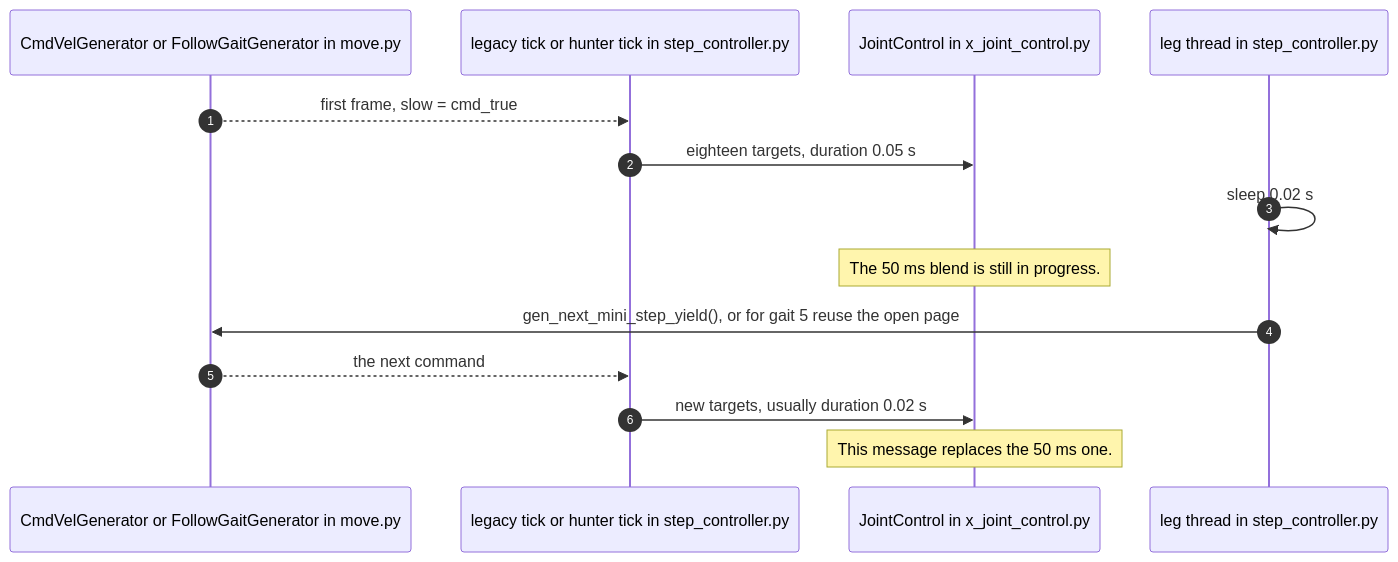
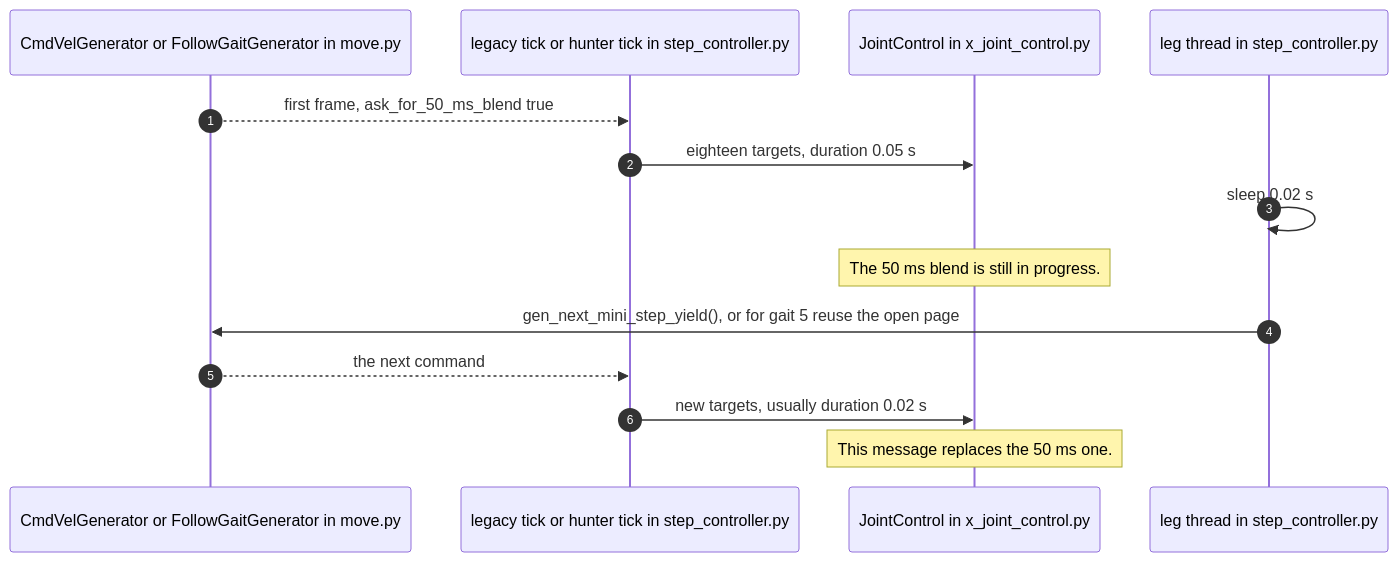
The eighth of 8 diagrams in ros2_ws/src/hexapod_kinematics/movement.md (ganapetya/masha), drawn with Mermaid before and after one commit. The commit also changed other lines of this file and 9 other files, not shown here.

````diff
--- a/ros2_ws/src/hexapod_kinematics/movement.md
+++ b/ros2_ws/src/hexapod_kinematics/movement.md
@@ -394,17 +397,17 @@
 ```mermaid
 sequenceDiagram
     autonumber
     participant Film as CmdVelGenerator or FollowGaitGenerator in move.py
     participant Tick as legacy tick or hunter tick in step_controller.py
     participant Servo as JointControl in x_joint_control.py
     participant Legs as leg thread in step_controller.py
 
-    Film-->>Tick: first frame, slow = cmd_true
+    Film-->>Tick: first frame, ask_for_50_ms_blend true
     Tick->>Servo: eighteen targets, duration 0.05 s
     Legs->>Legs: sleep 0.02 s
     Note over Servo: The 50 ms blend is still in progress.
     Legs->>Film: gen_next_mini_step_yield(), or for gait 5 reuse the open page
     Film-->>Tick: the next command
     Tick->>Servo: new targets, usually duration 0.02 s
     Note over Servo: This message replaces the 50 ms one.
 ```
````
